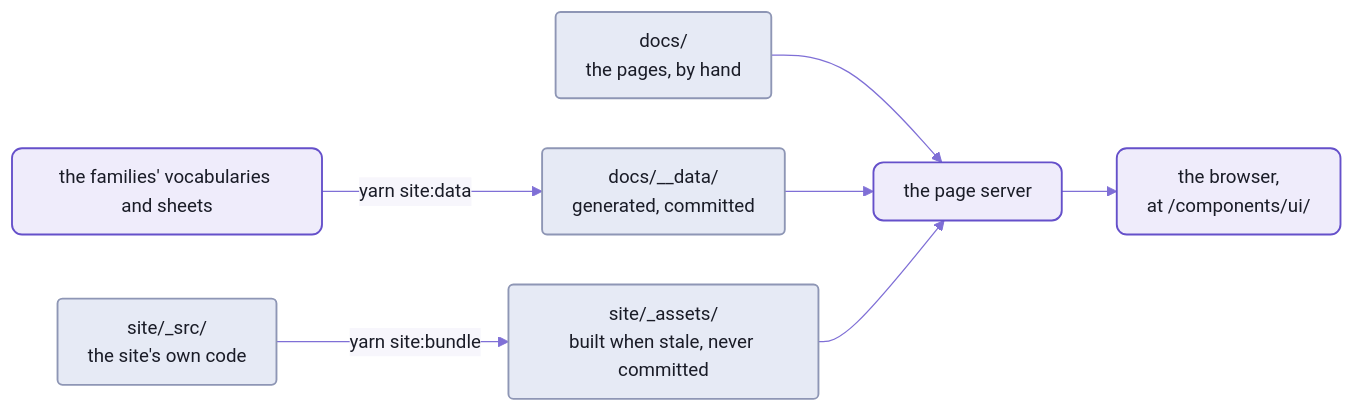
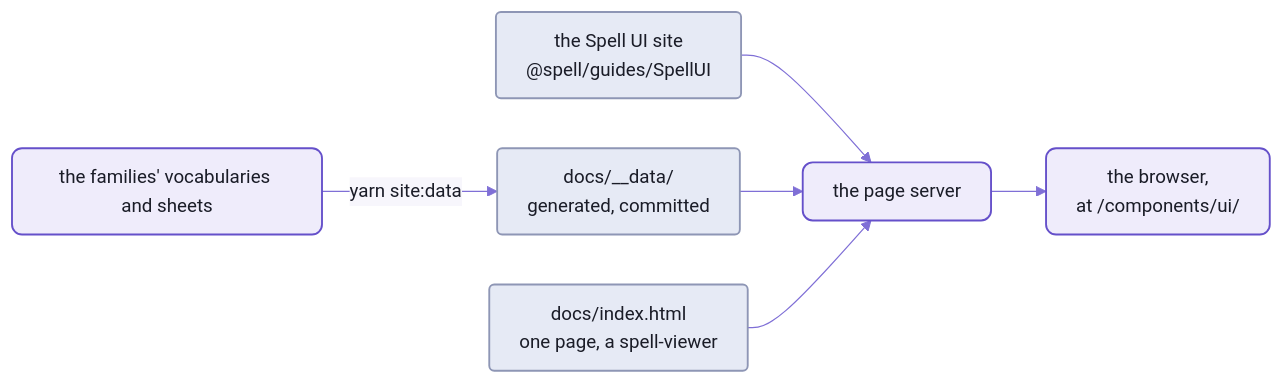
The diagram in ui/README-site.md (spell-app/spell), drawn with Mermaid before and after one commit. The commit also changed other lines of this file and 17 other files, not shown here.

````diff
--- a/ui/README-site.md
+++ b/ui/README-site.md
@@ -34,14 +35,13 @@
 ```mermaid
 %%{init: {"theme":"base","themeVariables":{"fontFamily":"-apple-system, BlinkMacSystemFont, Segoe UI, Helvetica, Arial, sans-serif","fontSize":"15px","primaryColor":"#EFECFB","primaryBorderColor":"#6550CA","primaryTextColor":"#1A1C27","secondaryColor":"#F4F1E9","tertiaryColor":"#F7F6FC","lineColor":"#7F6FD6","textColor":"#7F6FD6","clusterBkg":"#F7F6FC","clusterBorder":"#B9B0E8","titleColor":"#1A1C27","edgeLabelBackground":"#F7F6FC","actorBkg":"#EFECFB","actorBorder":"#6550CA","actorTextColor":"#1A1C27","actorLineColor":"#9C90DE","signalColor":"#7F6FD6","signalTextColor":"#7F6FD6","labelBoxBkgColor":"#EFECFB","labelBoxBorderColor":"#6550CA","labelTextColor":"#1A1C27","loopTextColor":"#7F6FD6","noteBkgColor":"#F1E7D4","noteBorderColor":"#C9B48A","noteTextColor":"#1A1C27","activationBkgColor":"#DCD6F7","activationBorderColor":"#6550CA","sequenceNumberColor":"#FFFFFF"},"flowchart":{"curve":"basis","padding":12,"nodeSpacing":40,"rankSpacing":44}}}%%
 flowchart LR
   vocab["the families' vocabularies and sheets"] -- "yarn site:data" --> data["docs/__data/<br/>generated, committed"]
-  src["site/_src/<br/>the site's own code"] -- "yarn site:bundle" --> bundle["site/_assets/<br/>built when stale, never committed"]
-  pages["docs/<br/>the pages, by hand"] --> server["the page server"]
+  pages["the Spell UI site<br/>@spell/guides/SpellUI"] --> server["the page server"]
   data --> server
-  bundle --> server
+  viewer["docs/index.html<br/>one page, a spell-viewer"] --> server
   server --> browser["the browser,<br/>at /components/ui/"]
   %% the Spell look:  yarn mermaid:pretty
   classDef default fill:#EFECFB,stroke:#6550CA,stroke-width:1.5px,color:#1A1C27,rx:8px,ry:8px
   classDef folder fill:#E6EAF5,stroke:#8E96B5,stroke-width:1.5px,color:#1A1C27,rx:4px,ry:4px
-  class data,src,bundle,pages folder
+  class data,pages,viewer folder
 ```
````
